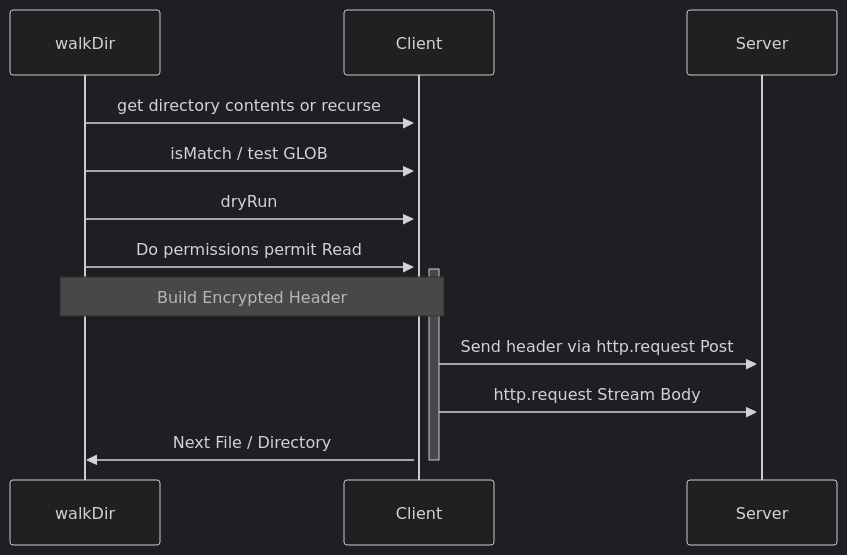
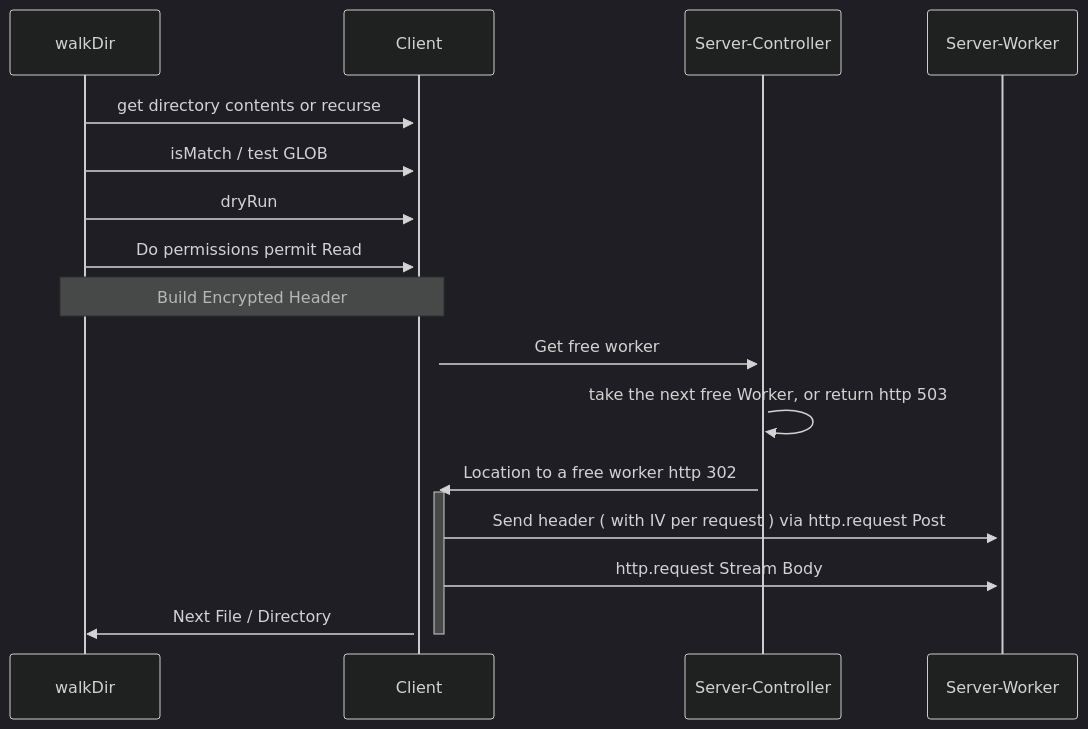
The diagram in README.md (psenger/squirt-cli), drawn with Mermaid (dark theme) before and after one commit. The commit also changed other lines of this file and 24 other files, not shown here.

````diff
--- a/README.md
+++ b/README.md
@@ -13,11 +114,14 @@
 ```mermaid
 sequenceDiagram
     walkDir ->>+ Client: get directory contents or recurse
     walkDir ->>+ Client: isMatch / test GLOB
     walkDir ->>+ Client: dryRun
     walkDir ->>+ Client: Do permissions permit Read
     Note over walkDir, Client: Build Encrypted Header
-    Client ->>+ Server: Send header via http.request Post
-    Client ->>+ Server: http.request Stream Body
+    Client ->>+ Server-Controller: Get free worker
+    Server-Controller ->>+ Server-Controller: take the next free Worker, or return http 503
+    Server-Controller ->>+ Client: Location to a free worker http 302
+    Client ->>+ Server-Worker: Send header ( with IV per request ) via http.request Post
+    Client ->>+ Server-Worker: http.request Stream Body
     Client ->>- walkDir: Next File / Directory
 ```
````
